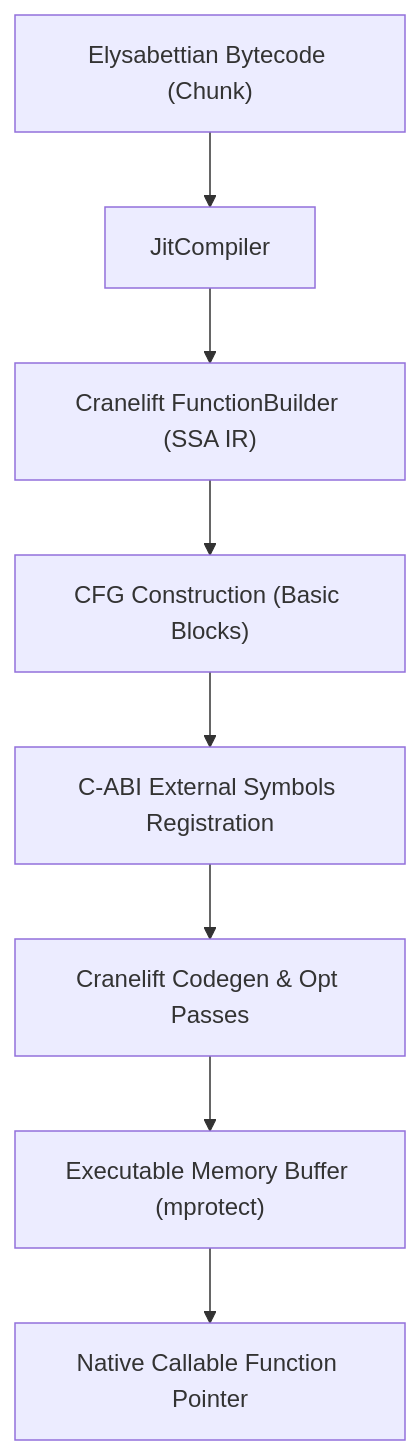
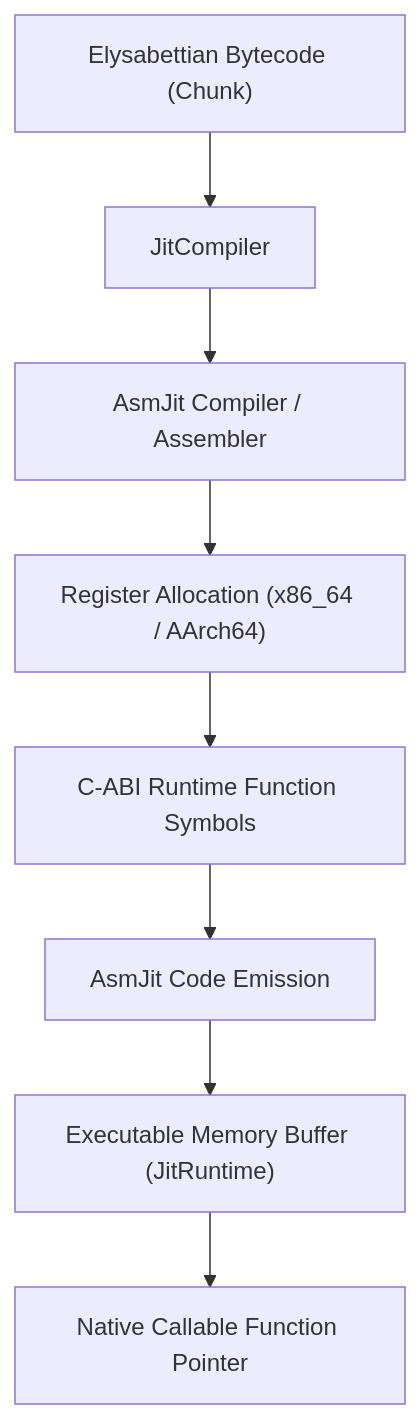
Before and after one commit to m4ce-w1ndu/elysabettian: the first of 2 diagrams in docs/jit_compiler.md, drawn with Mermaid. The commit also changed other lines of this file and 2 other files, not shown here.

First line of the commit message:
docs(all): add C++20 README and update architecture for AsmJit JIT

````diff
--- a/docs/jit_compiler.md
+++ b/docs/jit_compiler.md
@@ -9,10 +9,10 @@
 ```mermaid
 flowchart TD
     Bytecode["Elysabettian Bytecode (Chunk)"] --> Compiler["JitCompiler"]
-    Compiler --> IRBuilder["Cranelift FunctionBuilder (SSA IR)"]
-    IRBuilder --> Blocks["CFG Construction (Basic Blocks)"]
-    Blocks --> RuntimeBridges["C-ABI External Symbols Registration"]
-    RuntimeBridges --> CodeGen["Cranelift Codegen & Opt Passes"]
-    CodeGen --> ExecMem["Executable Memory Buffer (mprotect)"]
+    Compiler --> Builder["AsmJit Compiler / Assembler"]
+    Builder --> Registers["Register Allocation (x86_64 / AArch64)"]
+    Registers --> RuntimeBridges["C-ABI Runtime Function Symbols"]
+    RuntimeBridges --> CodeGen["AsmJit Code Emission"]
+    CodeGen --> ExecMem["Executable Memory Buffer (JitRuntime)"]
     ExecMem --> NativeFn["Native Callable Function Pointer"]
 ```
````
